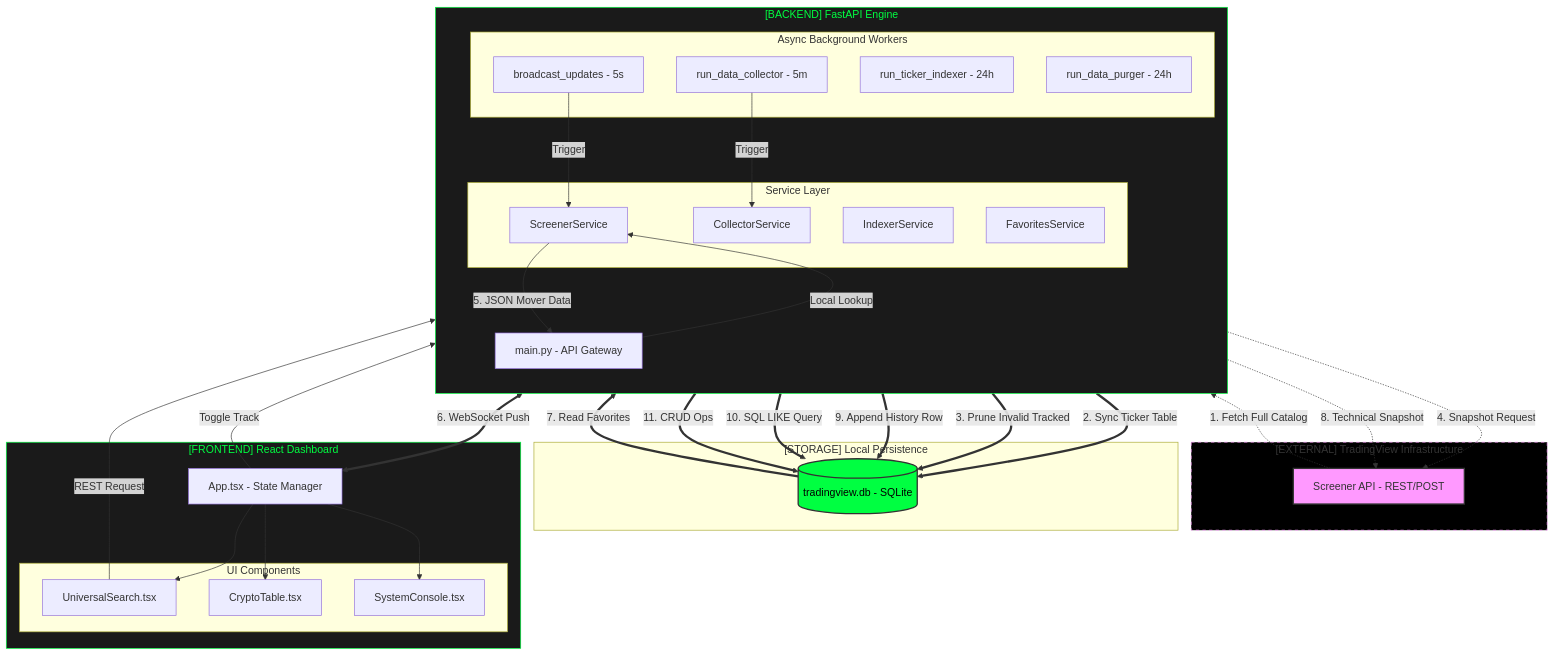
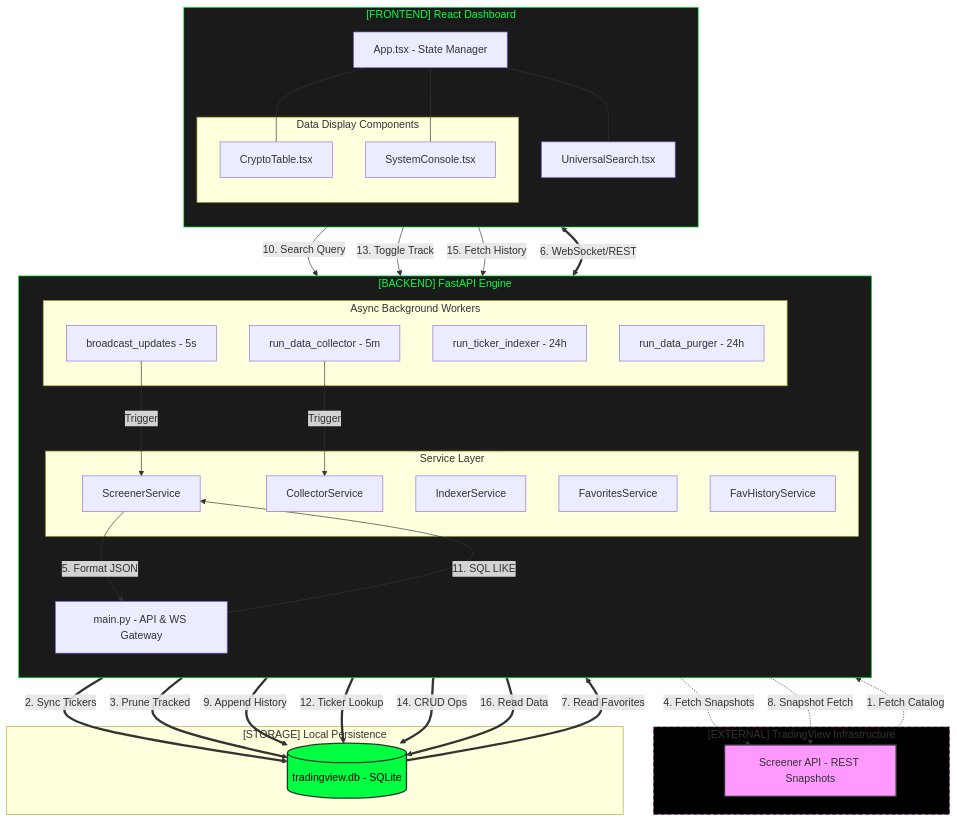
One commit to doralich/maket_trading_screener changed the diagram in docs/ARCHITECTURE.md. Above: the diagram before and after it, drawn with Mermaid.

Commit message:
docs: refine architecture diagram with audited data flows

````diff
--- a/docs/ARCHITECTURE.md
+++ b/docs/ARCHITECTURE.md
@@ -7,20 +7,21 @@
 ```mermaid
-graph TD
+flowchart TD
     %% EXTERNAL DATA SOURCE
     subgraph External["[EXTERNAL] TradingView Infrastructure"]
-        TV_API[Screener API - REST/POST]
+        TV_API[Screener API - REST Snapshots]
     end
 
     %% BACKEND CORE
     subgraph Backend["[BACKEND] FastAPI Engine"]
         direction TB
-        Main[main.py - API Gateway]
+        Main[main.py - API & WS Gateway]
         
         subgraph Services["Service Layer"]
             S_Screen[ScreenerService]
             S_Coll[CollectorService]
             S_Idx[IndexerService]
             S_Fav[FavoritesService]
+            S_Hist[FavHistoryService]
         end
 
         subgraph Workers["Async Background Workers"]
@@ -38,43 +39,49 @@
 
     %% FRONTEND CORE
     subgraph Frontend["[FRONTEND] React Dashboard"]
+        direction TB
+        %% Search is placed at the top of Frontend to prevent line crossing to Backend
+        Search[UniversalSearch.tsx]
         MainApp[App.tsx - State Manager]
-        subgraph UI["UI Components"]
-            Search[UniversalSearch.tsx]
+        
+        subgraph UI["Data Display Components"]
             Table[CryptoTable.tsx]
             Console[SystemConsole.tsx]
         end
     end
 
     %% --- DATA FLOW 1: DISCOVERY (Indexing) ---
-    TV_API -.->|1. Fetch Full Catalog| S_Idx
-    S_Idx ==>|2. Sync Ticker Table| DB
-    S_Idx ==>|3. Prune Invalid Tracked| DB
+    TV_API -.->|1. Fetch Catalog| S_Idx
+    S_Idx ==>|2. Sync Tickers| DB
+    S_Idx ==>|3. Prune Tracked| DB
 
     %% --- DATA FLOW 2: LIVE MARKET (Streaming) ---
     W_Broad -->|Trigger| S_Screen
-    S_Screen -.->|4. Snapshot Request| TV_API
-    S_Screen -->|5. JSON Mover Data| Main
-    Main <==>|6. WebSocket Push| MainApp
+    S_Screen -.->|4. Fetch Snapshots| TV_API
+    S_Screen -->|5. Format JSON| Main
+    Main <==>|6. WebSocket/REST| MainApp
 
     %% --- DATA FLOW 3: HISTORY (Collection) ---
     W_Coll -->|Trigger| S_Coll
     DB ==>|7. Read Favorites| S_Coll
-    S_Coll -.->|8. Technical Snapshot| TV_API
-    S_Coll ==>|9. Append History Row| DB
+    S_Coll -.->|8. Snapshot Fetch| TV_API
+    S_Coll ==>|9. Append History| DB
 
-    %% --- DATA FLOW 4: INTERACTION (Search & Track) ---
-    Search -->|REST Request| Main
-    Main -->|Local Lookup| S_Screen
-    S_Screen ==>|10. SQL LIKE Query| DB
+    %% --- DATA FLOW 4: INTERACTION ---
+    Search -->|10. Search Query| Main
+    Main -->|11. SQL LIKE| S_Screen
+    S_Screen ==>|12. Ticker Lookup| DB
     
-    MainApp -->|Toggle Track| S_Fav
-    S_Fav ==>|11. CRUD Ops| DB
+    MainApp -->|13. Toggle Track| S_Fav
+    S_Fav ==>|14. CRUD Ops| DB
 
-    %% --- LAYOUT CONNECTIONS ---
-    MainApp --> Search
-    MainApp --> Table
-    MainApp --> Console
+    MainApp -->|15. Fetch History| S_Hist
+    S_Hist ==>|16. Read Data| DB
+
+    %% --- UI CONNECTIONS ---
+    MainApp --- Search
+    MainApp --- Table
+    MainApp --- Console
 
     %% --- STYLING ---
     style TV_API fill:#f9f,stroke:#333,stroke-width:2px
````
